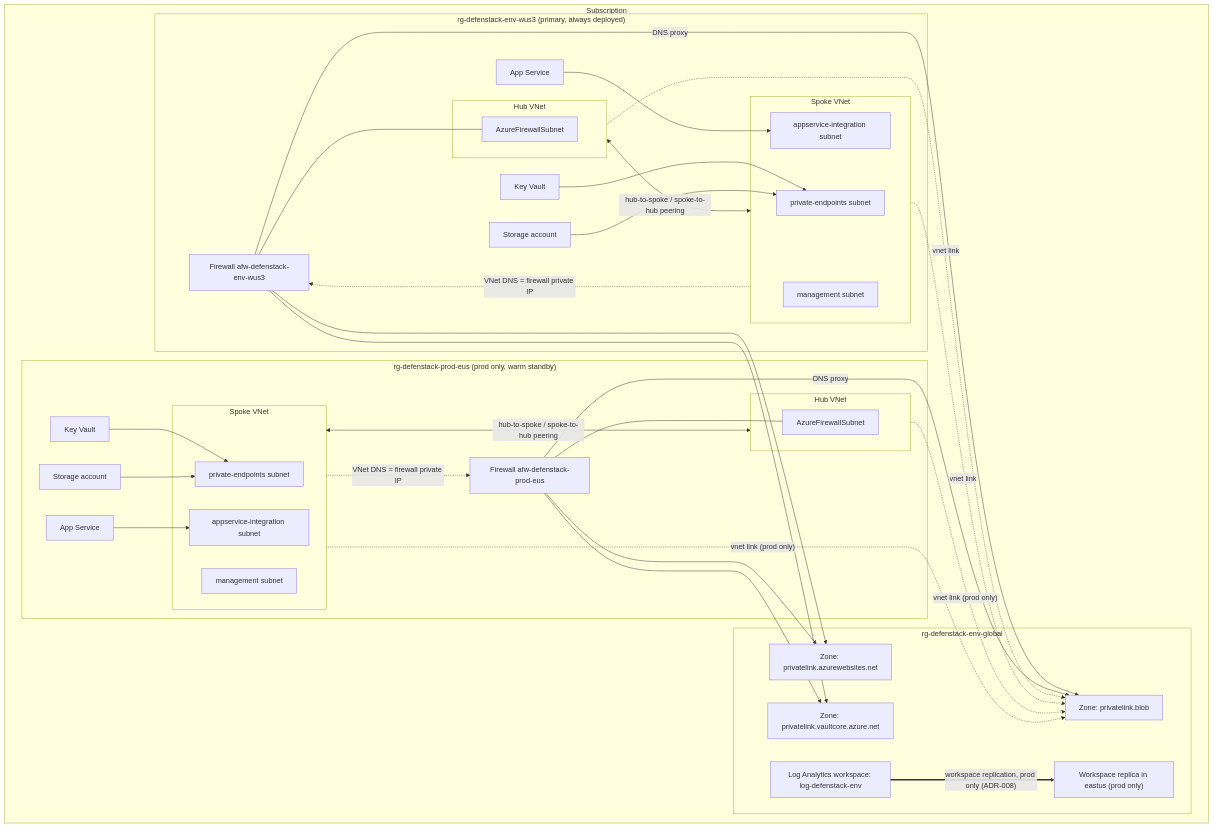
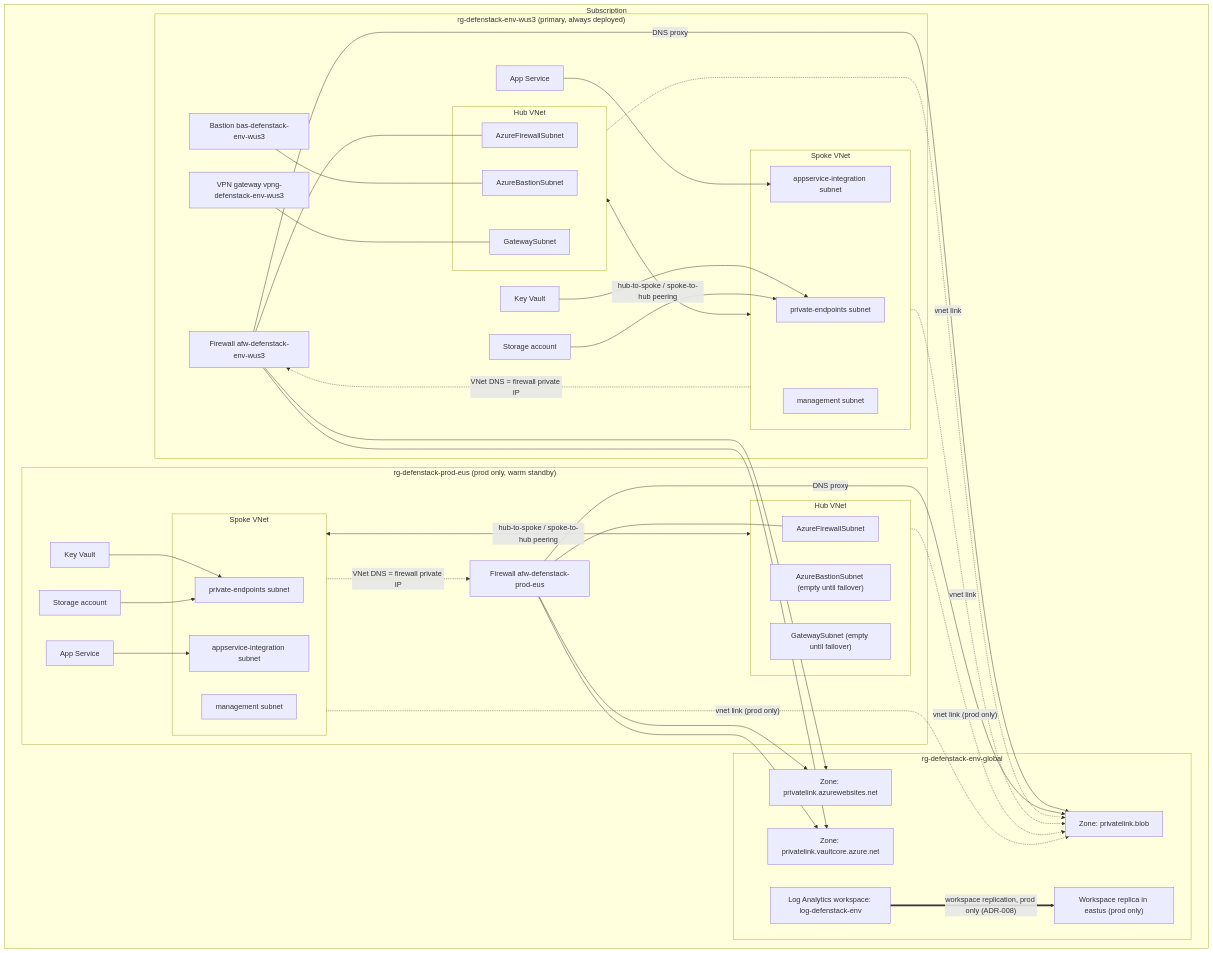
Before and after one commit to Godson90/bicep: the first of 5 diagrams in docs/architecture/overview.md, drawn with Mermaid. The commit also changed other lines of this file and 39 other files, not shown here.

````diff
--- a/docs/architecture/overview.md
+++ b/docs/architecture/overview.md
@@ -42,68 +51,76 @@
 ```mermaid
 flowchart TB
     subgraph SUBSCRIPTION["Subscription"]
         subgraph GLOBAL["rg-defenstack-env-global"]
             WS["Log Analytics workspace: log-defenstack-env"]
             WSREPLICA["Workspace replica in eastus (prod only)"]
             ZBLOB["Zone: privatelink.blob"]
             ZSITES["Zone: privatelink.azurewebsites.net"]
             ZVAULT["Zone: privatelink.vaultcore.azure.net"]
         end
 
         subgraph WUS3["rg-defenstack-env-wus3 (primary, always deployed)"]
             subgraph HUB1["Hub VNet"]
                 AFS1["AzureFirewallSubnet"]
+                ABS1["AzureBastionSubnet"]
+                GWS1["GatewaySubnet"]
             end
             FW1["Firewall afw-defenstack-env-wus3"]
+            BAS1["Bastion bas-defenstack-env-wus3"]
+            VPNG1["VPN gateway vpng-defenstack-env-wus3"]
             subgraph SPOKE1["Spoke VNet"]
                 PE1["private-endpoints subnet"]
                 ASI1["appservice-integration subnet"]
                 MGMT1["management subnet"]
             end
             APP1["App Service"]
             KV1["Key Vault"]
             ST1["Storage account"]
         end
 
         subgraph EUS["rg-defenstack-prod-eus (prod only, warm standby)"]
             subgraph HUB2["Hub VNet"]
                 AFS2["AzureFirewallSubnet"]
+                ABS2["AzureBastionSubnet (empty until failover)"]
+                GWS2["GatewaySubnet (empty until failover)"]
             end
             FW2["Firewall afw-defenstack-prod-eus"]
             subgraph SPOKE2["Spoke VNet"]
                 PE2["private-endpoints subnet"]
                 ASI2["appservice-integration subnet"]
                 MGMT2["management subnet"]
             end
             APP2["App Service"]
             KV2["Key Vault"]
             ST2["Storage account"]
         end
     end
 
     FW1 --- AFS1
     FW2 --- AFS2
+    BAS1 --- ABS1
+    VPNG1 --- GWS1
     HUB1 <-->|"hub-to-spoke / spoke-to-hub peering"| SPOKE1
     HUB2 <-->|"hub-to-spoke / spoke-to-hub peering"| SPOKE2
     SPOKE1 -.->|"VNet DNS = firewall private IP"| FW1
     SPOKE2 -.->|"VNet DNS = firewall private IP"| FW2
     APP1 --> ASI1
     APP2 --> ASI2
     KV1 --> PE1
     ST1 --> PE1
     KV2 --> PE2
     ST2 --> PE2
 
     FW1 -->|"DNS proxy"| ZBLOB
     FW1 --> ZSITES
     FW1 --> ZVAULT
     FW2 -->|"DNS proxy"| ZBLOB
     FW2 --> ZSITES
     FW2 --> ZVAULT
     HUB1 -.->|"vnet link"| ZBLOB
     SPOKE1 -.->|"vnet link"| ZBLOB
     HUB2 -.->|"vnet link (prod only)"| ZBLOB
     SPOKE2 -.->|"vnet link (prod only)"| ZBLOB
 
     WS ==>|"workspace replication, prod only (ADR-008)"| WSREPLICA
 ```
````
